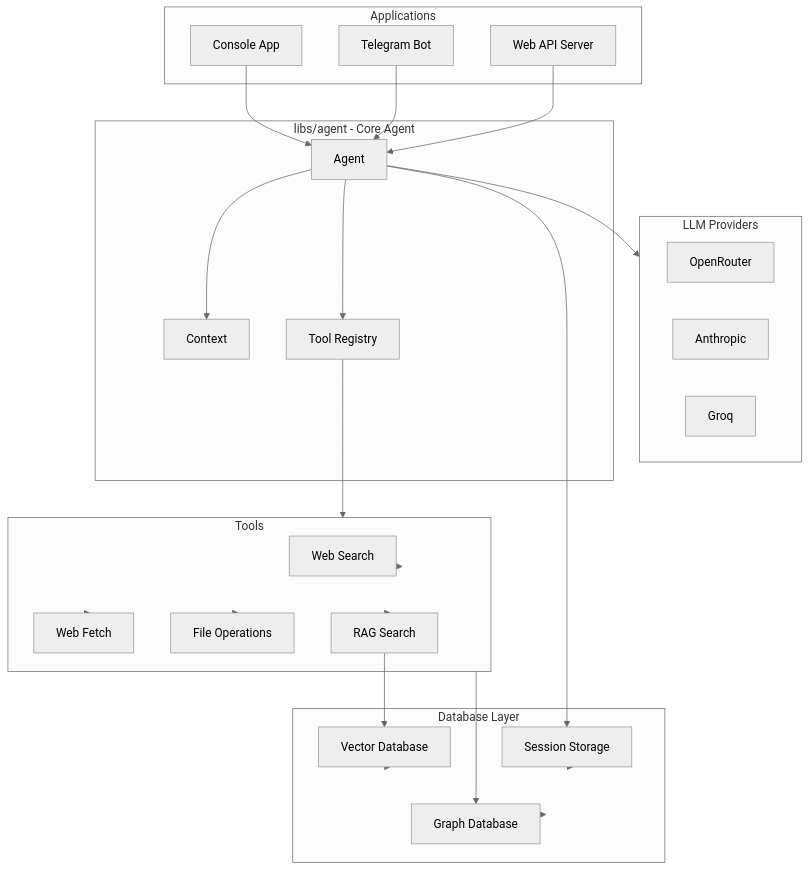
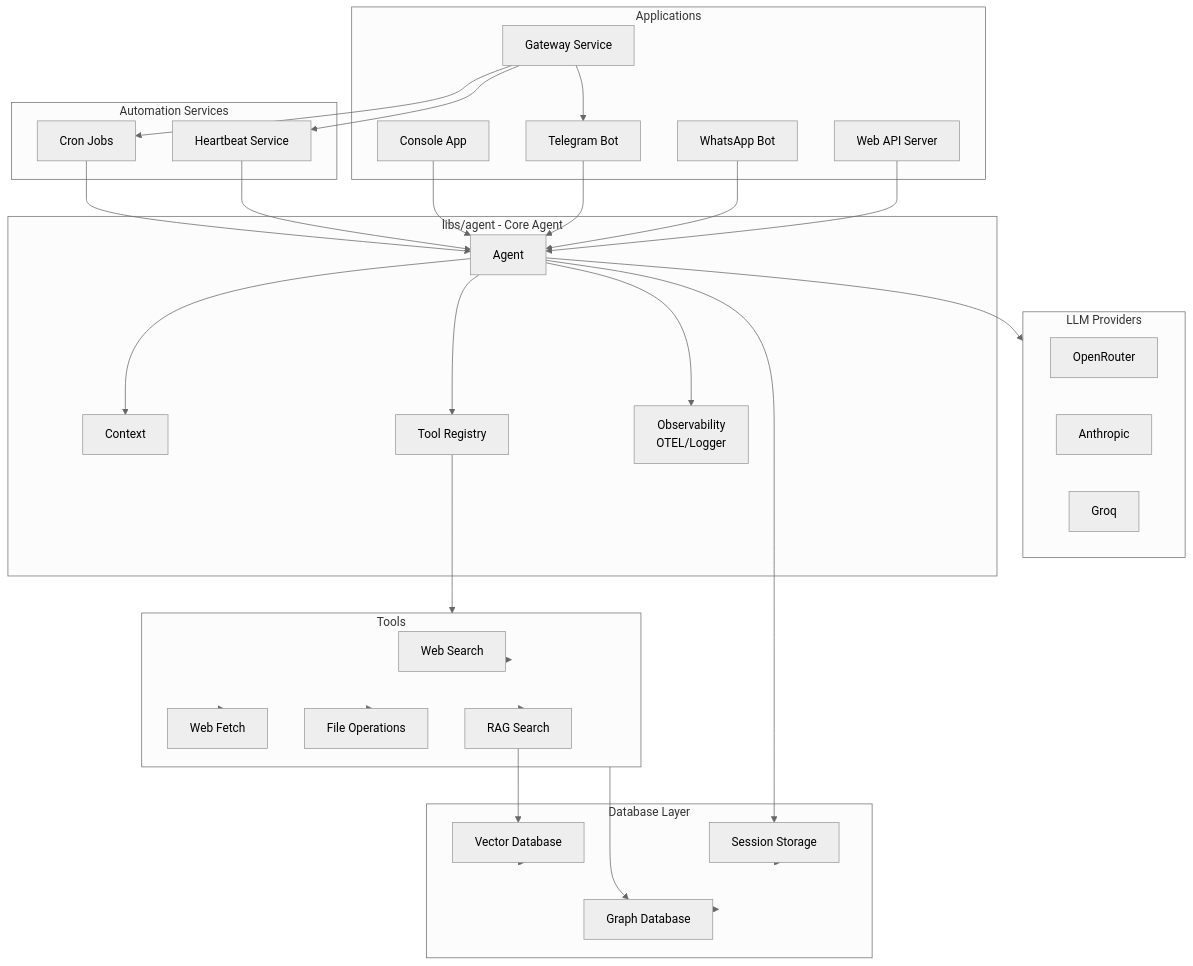
Before and after one commit to satibot/satibot: the first of 10 diagrams in .opencode/skills/app-logic/SKILL.md, drawn with Mermaid (neutral theme). The commit also changed other lines of this file and 3 other files, not shown here.

First line of the commit message:
docs: update app-logic skill diagrams with WhatsApp, Gateway, automation services, and enhanced agent execution flow

````diff
--- a/.opencode/skills/app-logic/SKILL.md
+++ b/.opencode/skills/app-logic/SKILL.md
@@ -7,55 +7,70 @@
 ```mermaid
 flowchart TB
     subgraph Apps["Applications"]
         Console[Console App]
         Telegram[Telegram Bot]
+        WhatsApp[WhatsApp Bot]
         Web[Web API Server]
+        Gateway[Gateway Service]
     end
 
     subgraph Agent["libs/agent - Core Agent"]
         AgentCore[Agent]
         Context[Context]
         ToolRegistry[Tool Registry]
+        Observability[Observability<br/>OTEL/Logger]
     end
 
     subgraph Providers["LLM Providers"]
         OpenRouter[OpenRouter]
         Anthropic[Anthropic]
         Groq[Groq]
     end
 
     subgraph DB["Database Layer"]
         SessionDB[Session Storage]
         VectorDB[Vector Database]
         GraphDB[Graph Database]
     end
 
     subgraph Tools["Tools"]
         WebSearch[Web Search]
         WebFetch[Web Fetch]
         FileOps[File Operations]
         RAG[RAG Search]
     end
 
+    subgraph Automation["Automation Services"]
+        Cron[Cron Jobs]
+        Heartbeat[Heartbeat Service]
+    end
+
     Console --> AgentCore
     Telegram --> AgentCore
+    WhatsApp --> AgentCore
     Web --> AgentCore
+    Gateway --> Cron
+    Gateway --> Heartbeat
+    Gateway --> Telegram
+    Cron --> AgentCore
+    Heartbeat --> AgentCore
 
     AgentCore --> Context
     AgentCore --> ToolRegistry
     AgentCore --> Providers
+    AgentCore --> Observability
 
     ToolRegistry --> Tools
     Tools --> WebSearch
     Tools --> WebFetch
     Tools --> FileOps
     Tools --> RAG
 
     AgentCore --> SessionDB
     RAG --> VectorDB
     Tools --> GraphDB
 
     SessionDB --> DB
     VectorDB --> DB
     GraphDB --> DB
 ```
````
